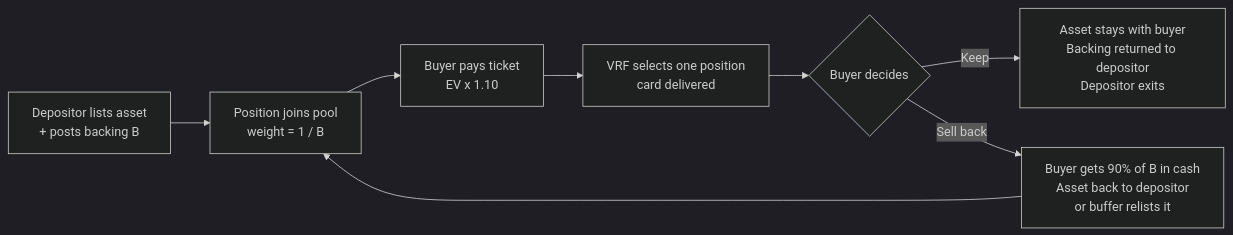
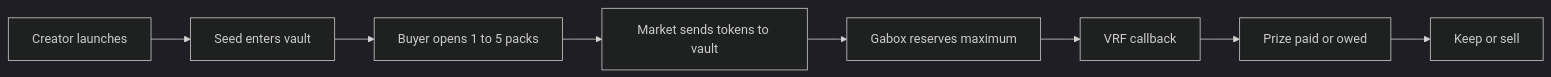
Before and after one commit to gabox-labs/docs: the diagram in how-it-works.mdx, drawn with Mermaid (dark theme). The commit also changed other lines of this file and 36 other files, not shown here.

````diff
--- a/how-it-works.mdx
+++ b/how-it-works.mdx
@@ -11,10 +9,10 @@
 ```mermaid
 flowchart LR
-    A[Depositor lists asset<br/>+ posts backing B] --> B[Position joins pool<br/>weight = 1 / B]
-    B --> C[Buyer pays ticket<br/>EV x 1.10]
-    C --> D[VRF selects one position<br/>card delivered]
-    D --> E{Buyer decides}
-    E -->|Keep| F[Asset stays with buyer<br/>Backing returned to depositor<br/>Depositor exits]
-    E -->|Sell back| G[Buyer gets 90% of B in cash<br/>Asset back to depositor<br/>or buffer relists it]
-    G --> B
+ A[Creator launches] --> B[Seed enters vault]
+ B --> C[Buyer opens 1 to 5 packs]
+ C --> D[Market sends tokens to vault]
+ D --> E[Gabox reserves maximum]
+ E --> F[VRF callback]
+ F --> G[Prize paid or owed]
+ G --> H[Keep or sell]
 ```
````
